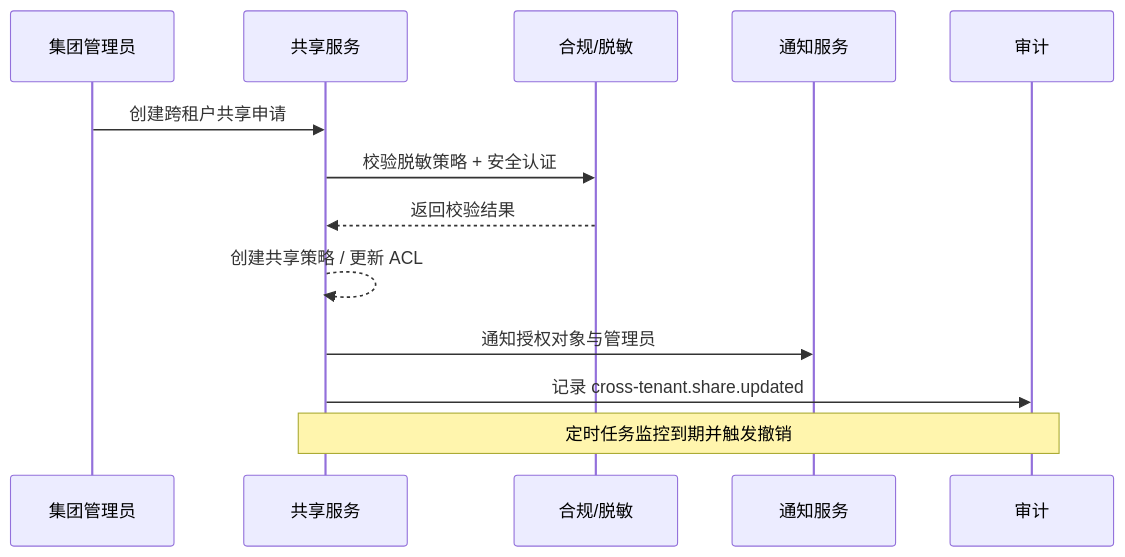
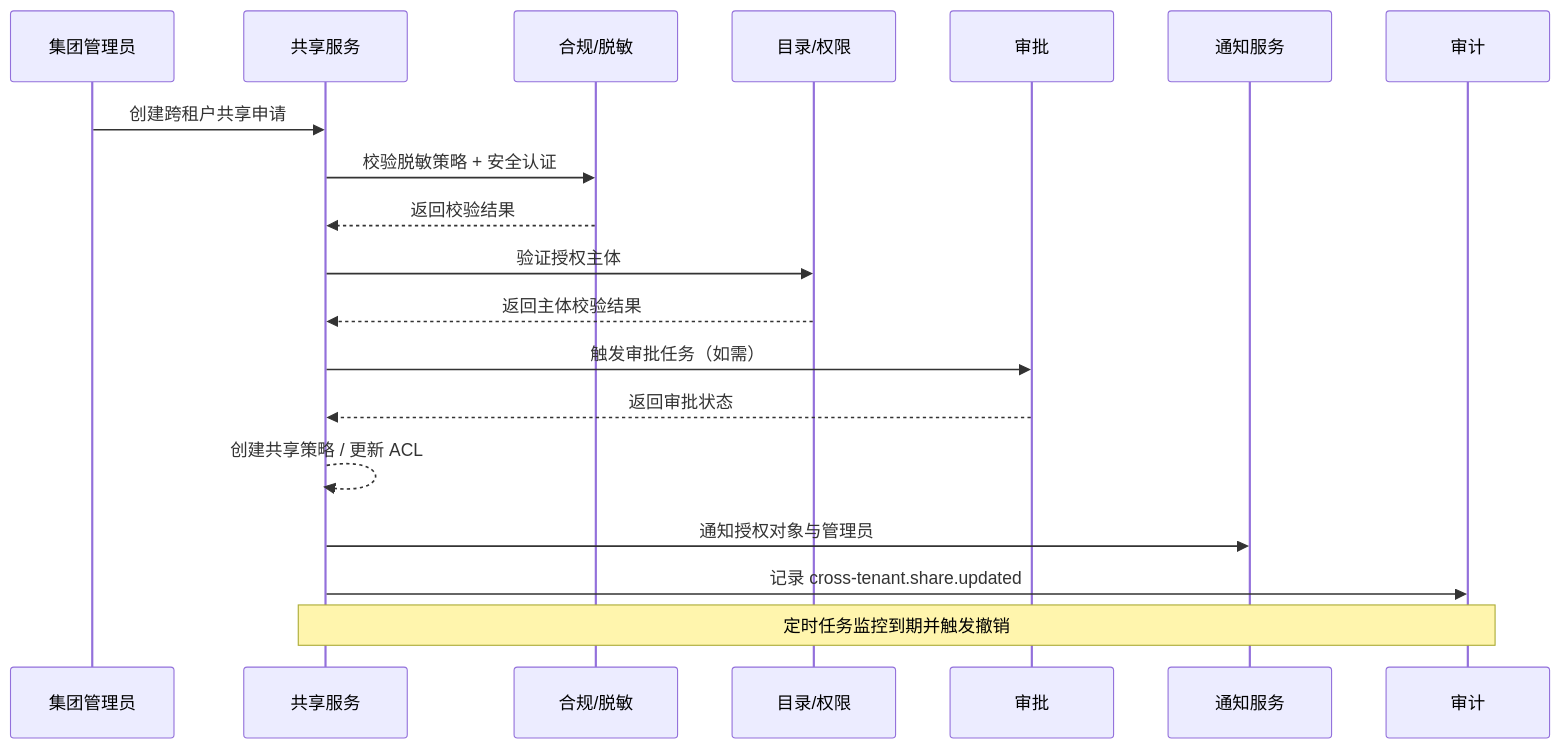
One commit to ArtisanCloud/PowerXDoc changed the diagram in docs/usecases-seeds/SCN-IAM-MULTI-TENANT-001/UC-IAM-MULTI-TENANT-CROSS-SHARE-001.md. Above: the diagram before and after it, drawn with Mermaid. The commit also changed other lines of this file and 3 other files, not shown here.

````diff
--- a/docs/usecases-seeds/SCN-IAM-MULTI-TENANT-001/UC-IAM-MULTI-TENANT-CROSS-SHARE-001.md
+++ b/docs/usecases-seeds/SCN-IAM-MULTI-TENANT-001/UC-IAM-MULTI-TENANT-CROSS-SHARE-001.md
@@ -71,16 +91,22 @@
 ```mermaid
 sequenceDiagram
   participant GroupAdmin as 集团管理员
   participant ShareSvc as 共享服务
   participant Compliance as 合规/脱敏
+  participant Directory as 目录/权限
+  participant Workflow as 审批
   participant Notify as 通知服务
   participant Audit as 审计
 
   GroupAdmin->>ShareSvc: 创建跨租户共享申请
   ShareSvc->>Compliance: 校验脱敏策略 + 安全认证
   Compliance-->>ShareSvc: 返回校验结果
+  ShareSvc->>Directory: 验证授权主体
+  Directory-->>ShareSvc: 返回主体校验结果
+  ShareSvc->>Workflow: 触发审批任务（如需）
+  Workflow-->>ShareSvc: 返回审批状态
   ShareSvc-->>ShareSvc: 创建共享策略 / 更新 ACL
   ShareSvc->>Notify: 通知授权对象与管理员
   ShareSvc->>Audit: 记录 cross-tenant.share.updated
   Note over ShareSvc,Audit: 定时任务监控到期并触发撤销
 ```
````
